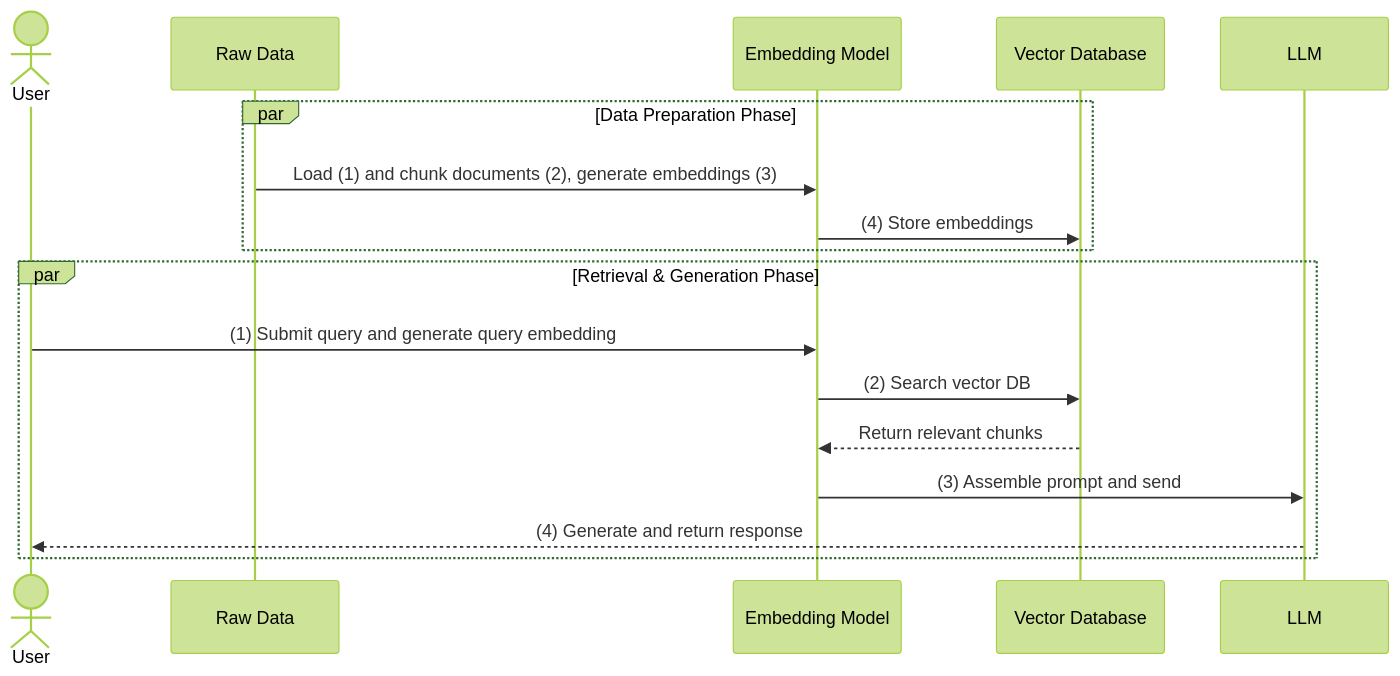
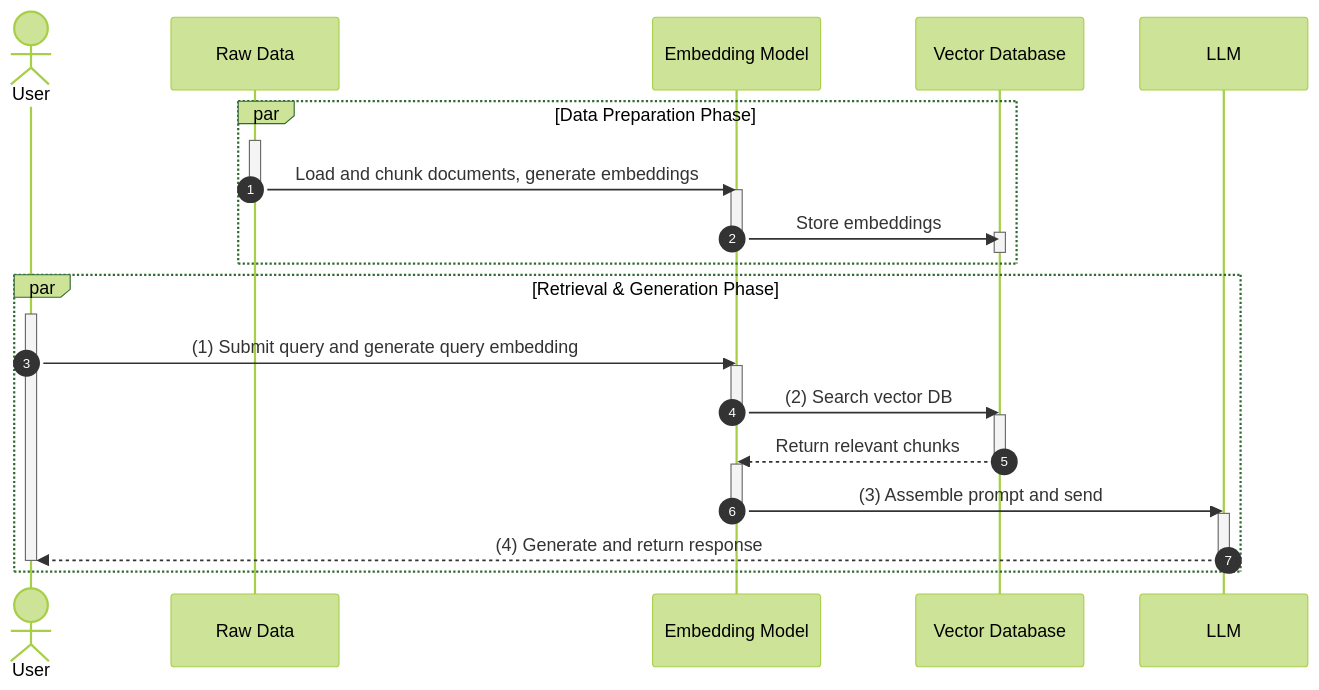
Before and after one commit to Kong/developer.konghq.com: the second of 2 diagrams in app/_kong_plugins/ai-rag-injector/index.md, drawn with Mermaid (forest theme). The commit also changed other lines of this file and 1 other file, not shown here.

Commit message:
Update how to

```diff
--- a/app/_kong_plugins/ai-rag-injector/index.md
+++ b/app/_kong_plugins/ai-rag-injector/index.md
@@ -145,21 +145,44 @@
 {% mermaid %}
 sequenceDiagram
+    autonumber
     actor User
     participant RawData as Raw Data
     participant EmbeddingModel as Embedding Model
     participant VectorDB as Vector Database
     participant LLM
 
     par Data Preparation Phase
-        RawData->>EmbeddingModel: Load (1) and chunk documents (2), generate embeddings (3)
-        EmbeddingModel->>VectorDB: (4) Store embeddings
+        activate RawData
+        RawData->>EmbeddingModel: Load and chunk documents, generate embeddings
+        deactivate RawData
+
+        activate EmbeddingModel
+        EmbeddingModel->>VectorDB: Store embeddings
+        deactivate EmbeddingModel
+
+        activate VectorDB
+        deactivate VectorDB
     end
 
     par Retrieval & Generation Phase
+        activate User
         User->>EmbeddingModel: (1) Submit query and generate query embedding
+
+        activate EmbeddingModel
         EmbeddingModel->>VectorDB: (2) Search vector DB
+        deactivate EmbeddingModel
+
+        activate VectorDB
         VectorDB-->>EmbeddingModel: Return relevant chunks
+        deactivate VectorDB
+
+        activate EmbeddingModel
         EmbeddingModel->>LLM: (3) Assemble prompt and send
+        deactivate EmbeddingModel
+
+        activate LLM
         LLM-->>User: (4) Generate and return response
+        deactivate LLM
+        deactivate User
     end
 {% endmermaid %}
```
